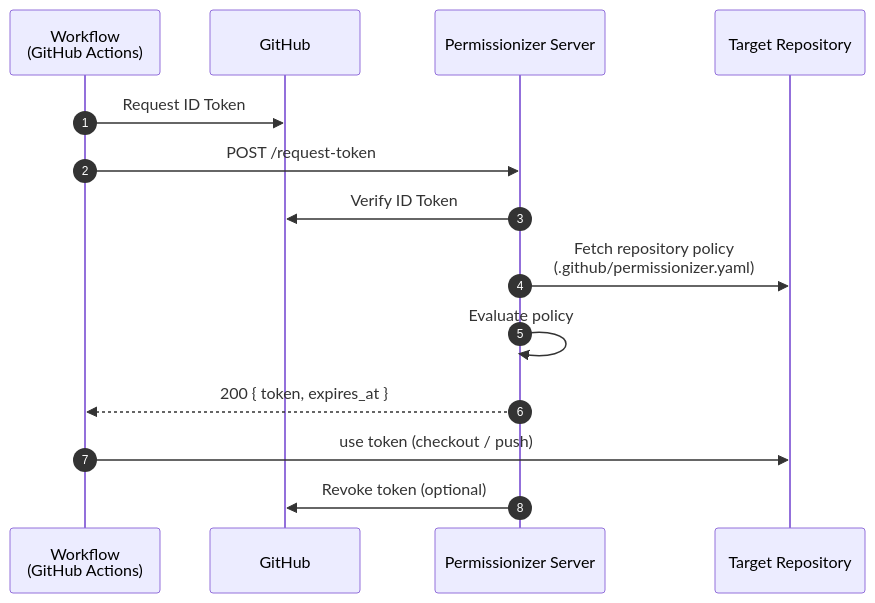
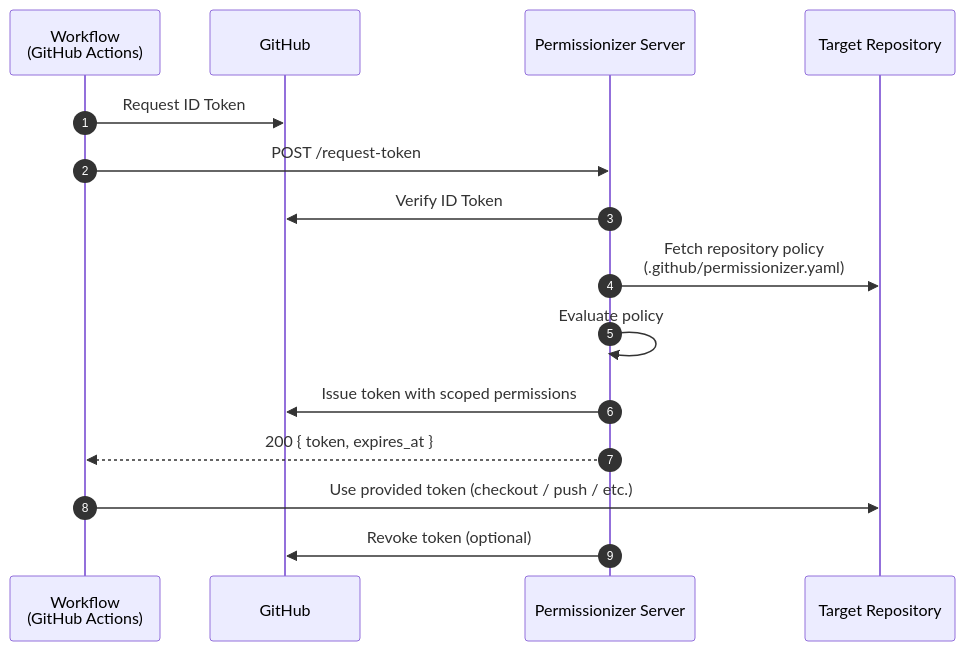
One commit to permissionizer/server changed the diagram in permissionizer-app.md. Above: the diagram before and after it, drawn with Mermaid.

Commit message:
Update sequence diagram

````diff
--- a/permissionizer-app.md
+++ b/permissionizer-app.md
@@ -57,19 +57,20 @@
 ```mermaid
 sequenceDiagram
   autonumber
   participant Requestor as Workflow<br/>(GitHub Actions)
   participant GitHub as GitHub
   participant Server as Permissionizer Server
   participant Target as Target Repository
 
   Requestor->>GitHub: Request ID Token
   Requestor->>Server: POST /request-token
   Server->>GitHub: Verify ID Token
   Server->>Target: Fetch repository policy<br/> (.github/permissionizer.yaml)
   Server->>Server: Evaluate  policy
 
+  Server->>GitHub: Issue token with scoped permissions
   Server-->>Requestor: 200 { token, expires_at }
-  Requestor->>Target: use token (checkout / push)
+  Requestor->>Target: Use provided token (checkout / push / etc.)
   
   Server->>GitHub: Revoke token (optional)
 ```
````
